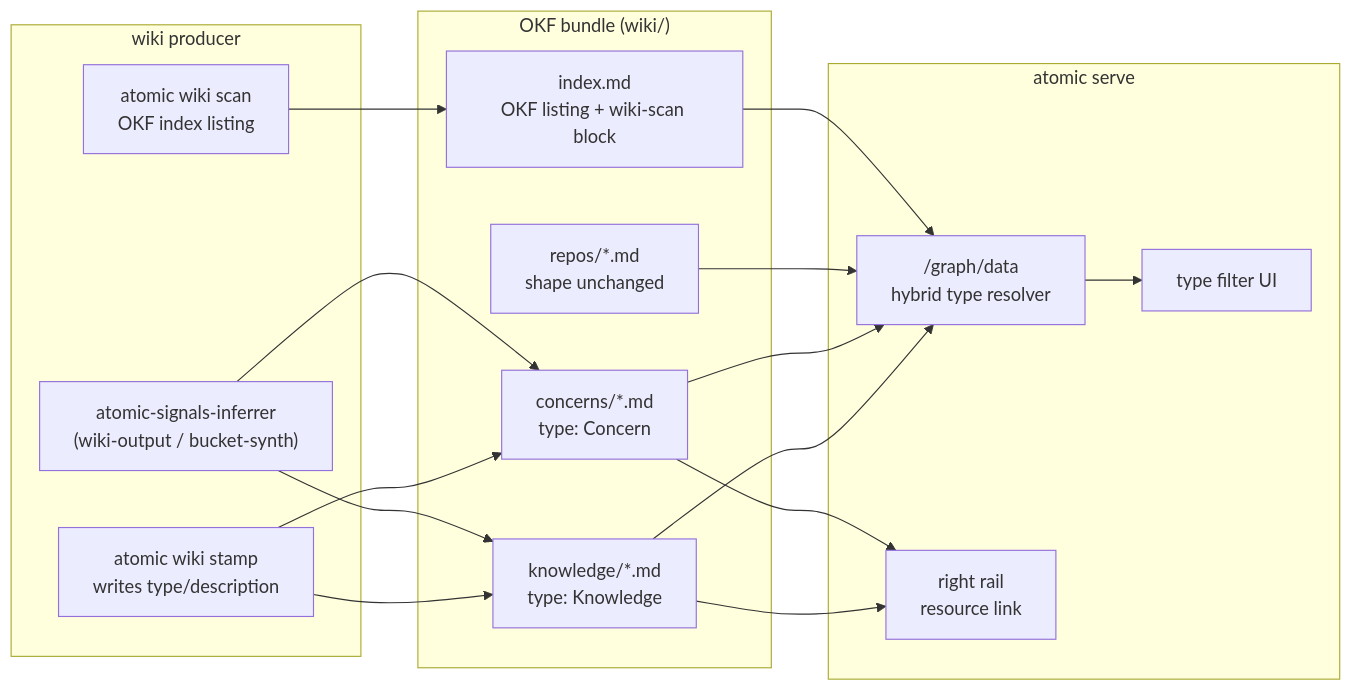
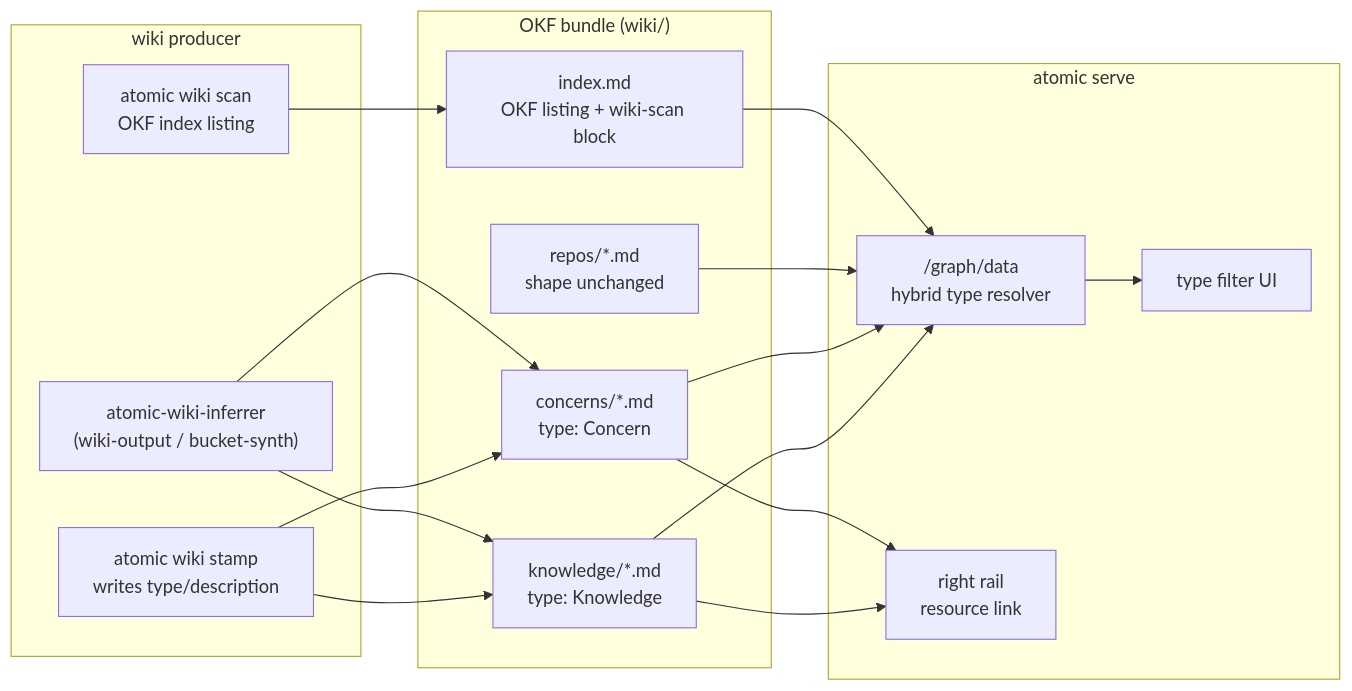
The diagram in docs/design/okf-alignment.md (damusix/atomic-claude), drawn with Mermaid before and after one commit. The commit also changed 52 other files, not shown here.

````diff
--- a/docs/design/okf-alignment.md
+++ b/docs/design/okf-alignment.md
@@ -104,24 +104,24 @@
 ```mermaid
 flowchart LR
     subgraph producer["wiki producer"]
-        agent["atomic-signals-inferrer<br/>(wiki-output / bucket-synth)"]
+        agent["atomic-wiki-inferrer<br/>(wiki-output / bucket-synth)"]
         stamp["atomic wiki stamp<br/>writes type/description"]
         scan["atomic wiki scan<br/>OKF index listing"]
     end
     subgraph bundle["OKF bundle (wiki/)"]
         idx["index.md<br/>OKF listing + wiki-scan block"]
         repos["repos/*.md<br/>shape unchanged"]
         concerns["concerns/*.md<br/>type: Concern"]
         know["knowledge/*.md<br/>type: Knowledge"]
     end
     subgraph consumer["atomic serve"]
         gd["/graph/data<br/>hybrid type resolver"]
         rail["right rail<br/>resource link"]
         filt["type filter UI"]
     end
     agent --> concerns & know
     stamp --> concerns & know
     scan --> idx
     idx & repos & concerns & know --> gd --> filt
     concerns & know --> rail
 ```
````
